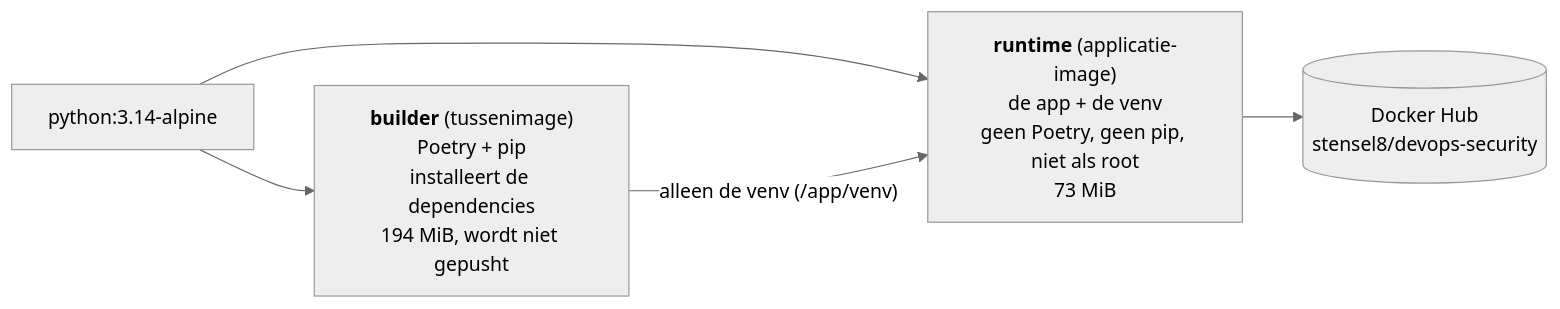
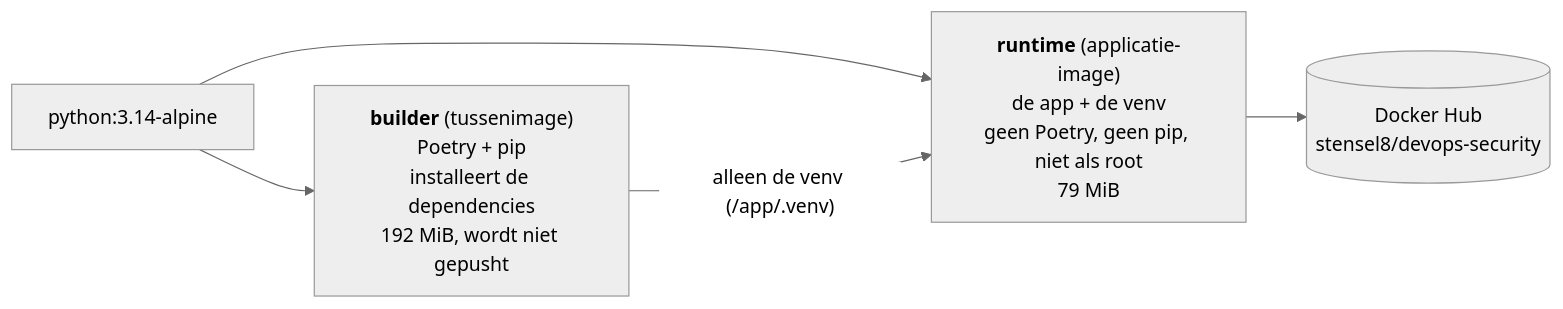
One commit to Stensel8/DevOps-Security changed the diagram in week-3/README.md. Above: the diagram before and after it, drawn with Mermaid (neutral theme). The commit also changed other lines of this file, not shown here.

````diff
--- a/week-3/README.md
+++ b/week-3/README.md
@@ -22,7 +22,7 @@
 ```mermaid
 flowchart LR
-    A["python:3.14-alpine"] --> B["<b>builder</b> (tussenimage)<br/>Poetry + pip<br/>installeert de dependencies<br/>194 MiB, wordt niet gepusht"]
-    A --> C["<b>runtime</b> (applicatie-image)<br/>de app + de venv<br/>geen Poetry, geen pip, niet als root<br/>73 MiB"]
-    B -- "alleen de venv (/app/venv)" --> C
+    A["python:3.14-alpine"] --> B["<b>builder</b> (tussenimage)<br/>Poetry + pip<br/>installeert de dependencies<br/>192 MiB, wordt niet gepusht"]
+    A --> C["<b>runtime</b> (applicatie-image)<br/>de app + de venv<br/>geen Poetry, geen pip, niet als root<br/>79 MiB"]
+    B -- "alleen de venv (/app/.venv)" --> C
     C --> D[("Docker Hub<br/>stensel8/devops-security")]
 ```
````
